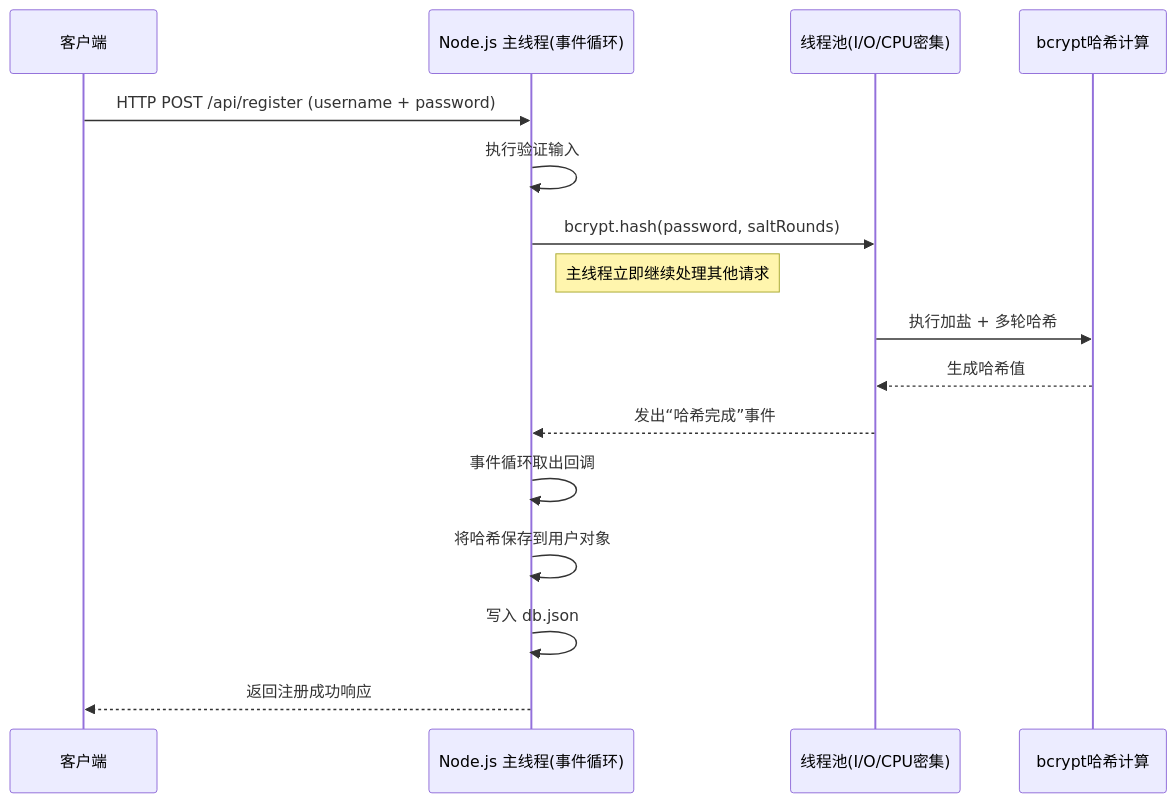
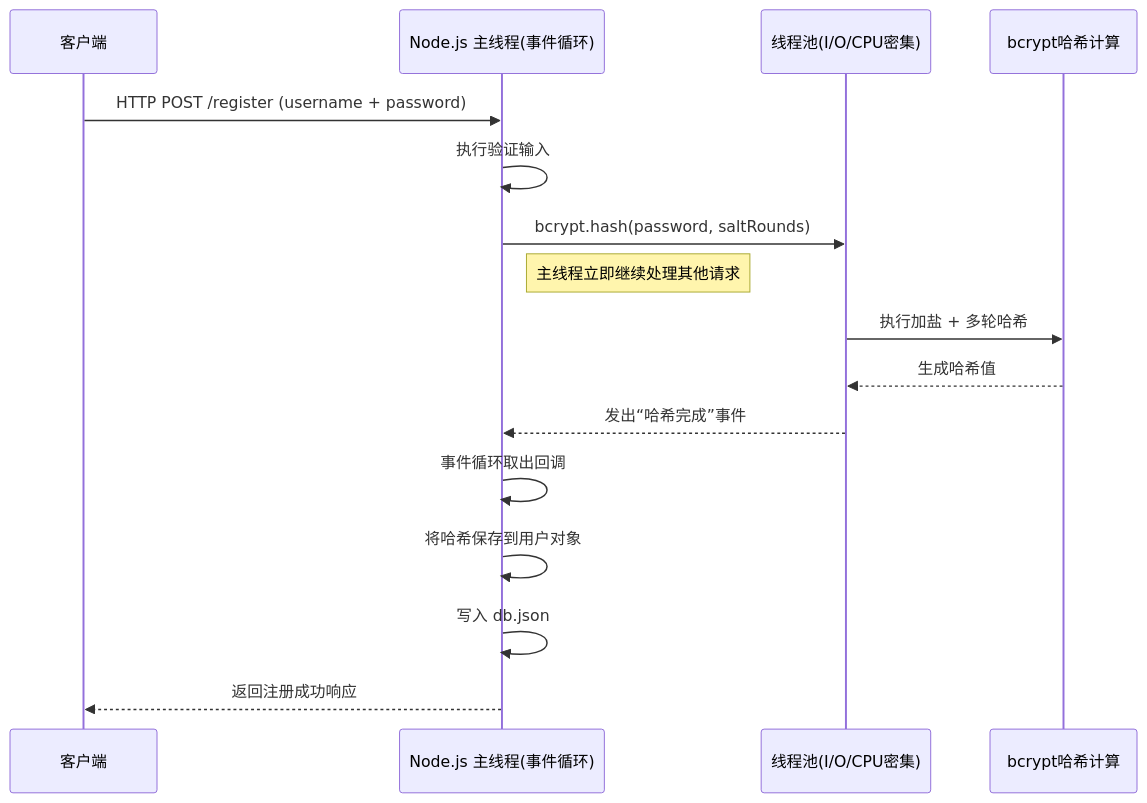
One commit to YBJ0000/Investment-Tracker changed the second of 4 diagrams in backend/nodejs-functions-cheatsheet.md. Above: the diagram before and after it, drawn with Mermaid. The commit also changed other lines of this file, not shown here.

````diff
--- a/backend/nodejs-functions-cheatsheet.md
+++ b/backend/nodejs-functions-cheatsheet.md
@@ -190,21 +190,21 @@
   ```mermaid
   sequenceDiagram
     participant Client as 客户端
     participant Main as Node.js 主线程(事件循环)
     participant Pool as 线程池(I/O/CPU密集)
     participant Crypto as bcrypt哈希计算
 
-    Client->>Main: HTTP POST /api/register (username + password)
+    Client->>Main: HTTP POST /register (username + password)
     Main->>Main: 执行验证输入
     Main->>Pool: bcrypt.hash(password, saltRounds)
     Note right of Main: 主线程立即继续处理其他请求
 
     Pool->>Crypto: 执行加盐 + 多轮哈希
     Crypto-->>Pool: 生成哈希值
     Pool-->>Main: 发出“哈希完成”事件
 
     Main->>Main: 事件循环取出回调
     Main->>Main: 将哈希保存到用户对象
     Main->>Main: 写入 db.json
     Main-->>Client: 返回注册成功响应
   ```
````
